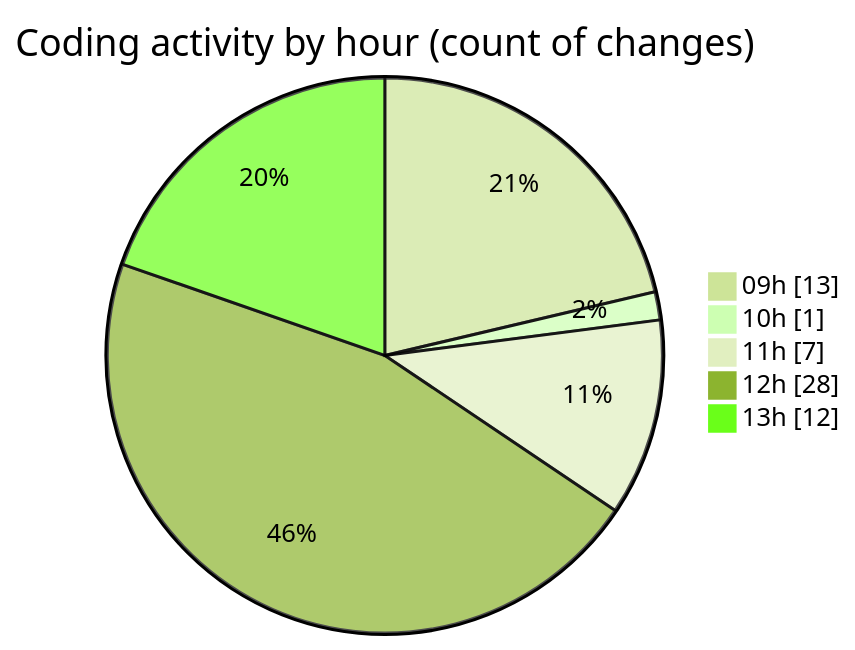
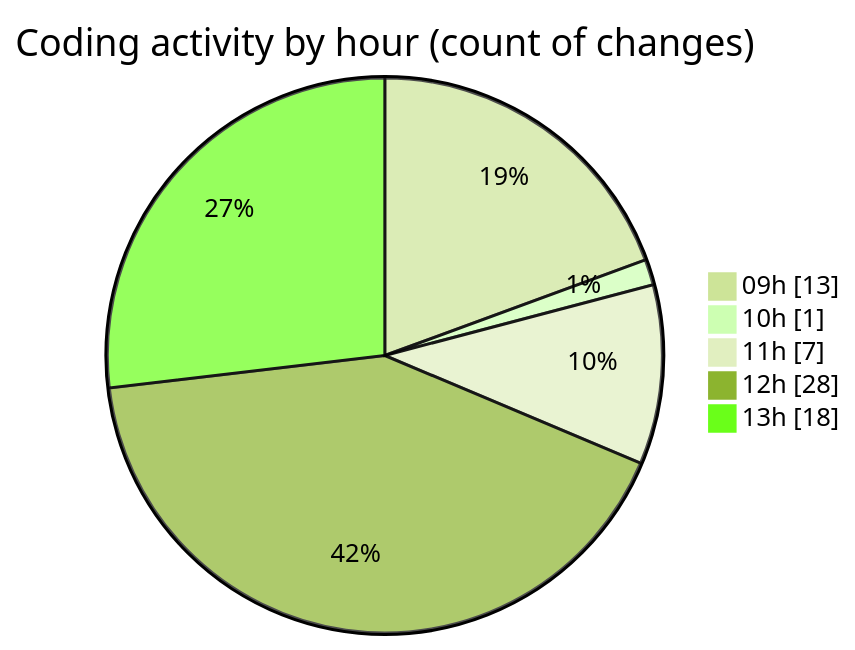
One commit to momahboobian/code-tracking changed the second of 2 diagrams in 2025-05-12/cda/README.md. Above: the diagram before and after it, drawn with Mermaid (forest theme). The commit also changed other lines of this file and 1 other file, not shown here.

````diff
--- a/2025-05-12/cda/README.md
+++ b/2025-05-12/cda/README.md
@@ -41,9 +41,9 @@
 ```mermaid
 pie showData
 title Coding activity by hour (count of changes)
 "09h" : 13
 "10h" : 1
 "11h" : 7
 "12h" : 28
-"13h" : 12
+"13h" : 18
 ```
````
